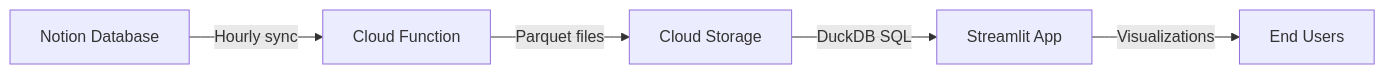
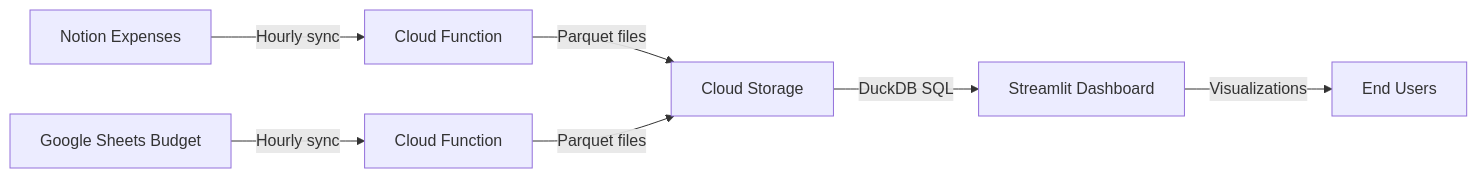
The diagram in README.md (tucared/personal-expense-tracker), drawn with Mermaid before and after one commit. The commit also changed other lines of this file and 1 other file, not shown here.

````diff
--- a/README.md
+++ b/README.md
@@ -122,7 +161,8 @@
 ```mermaid
 flowchart LR
-    A[Notion Database] -->|Hourly sync| B[Cloud Function]
-    B -->|Parquet files| C[Cloud Storage]
-    C -->|DuckDB SQL| D[Streamlit App]
-    D -->|Visualizations| E[End Users]
+    A[Notion Expenses] -->|Hourly sync| B[Cloud Function]
+    C[Google Sheets Budget] -->|Hourly sync| D[Cloud Function]
+    B & D -->|Parquet files| E[Cloud Storage]
+    E -->|DuckDB SQL| F[Streamlit Dashboard]
+    F -->|Visualizations| G[End Users]
 ```
````
